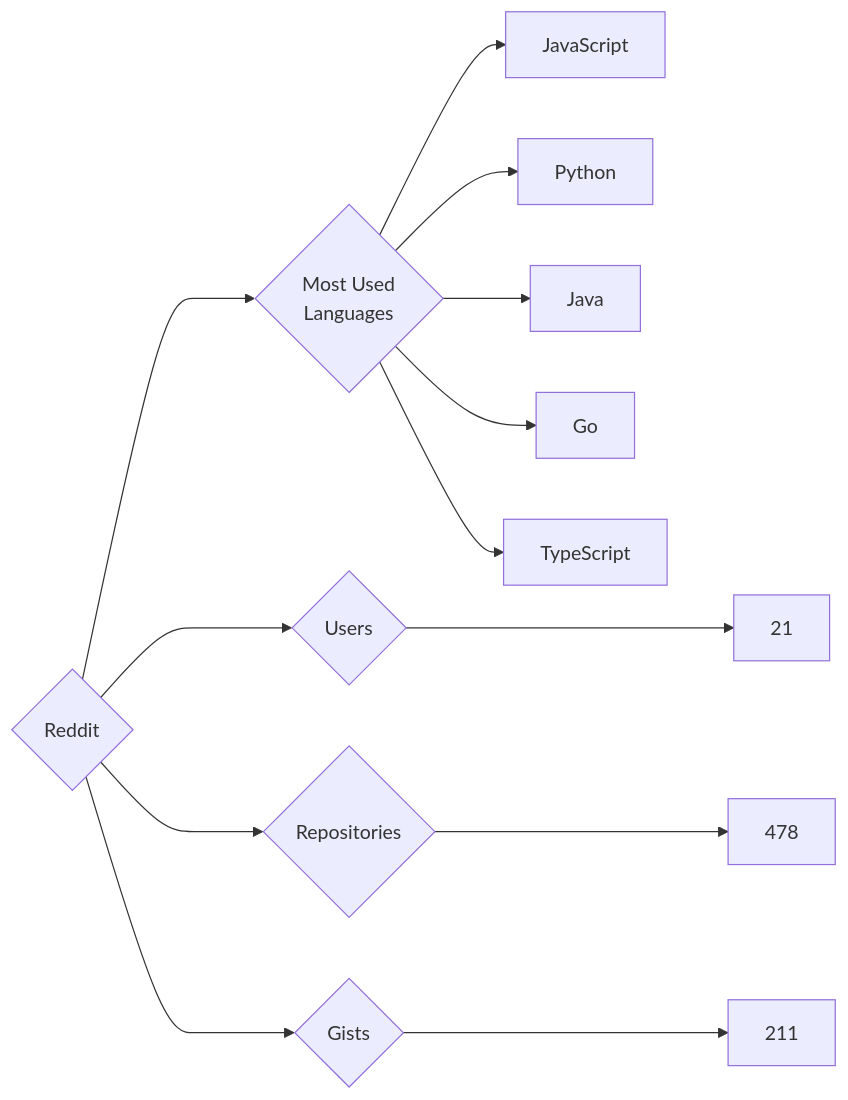
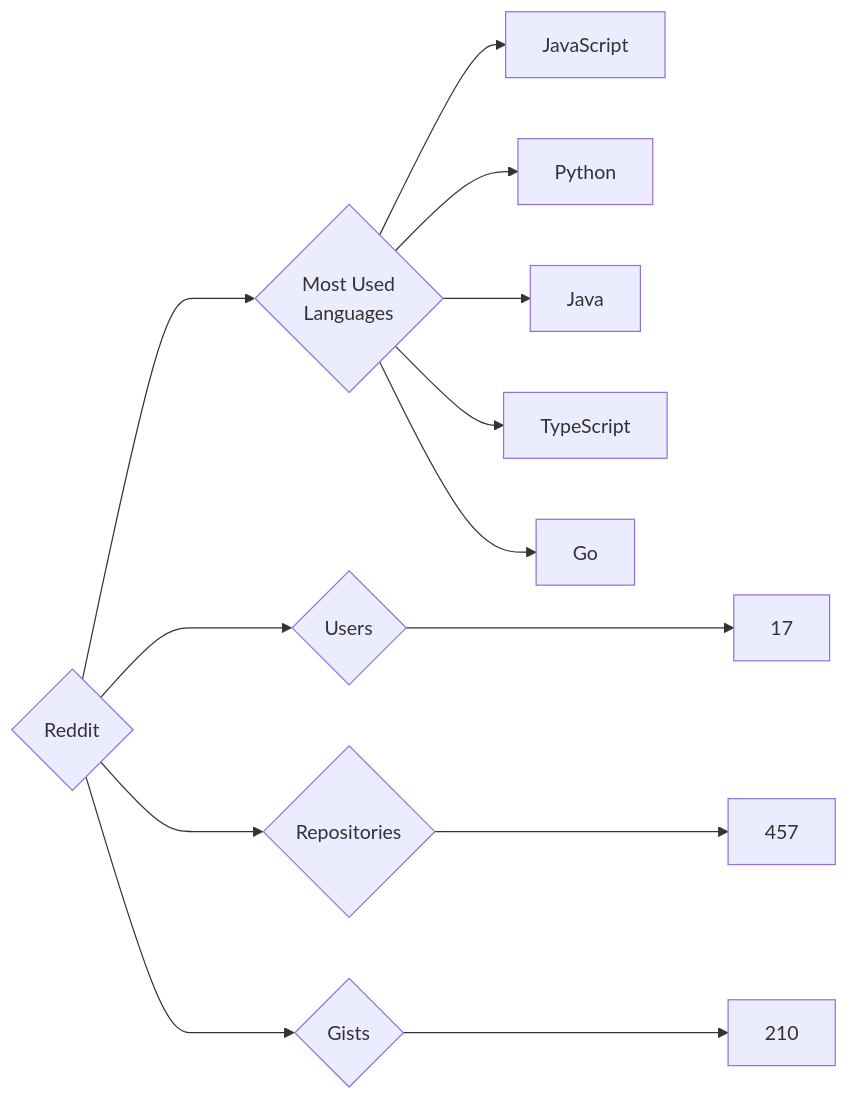
The diagram in targets/Reddit/README.md (trickest/insiders), drawn with Mermaid before and after one commit. The commit also changed 912 other files, not shown here.

````diff
--- a/targets/Reddit/README.md
+++ b/targets/Reddit/README.md
@@ -3,13 +3,13 @@
 ```mermaid
 graph LR
 COMPANY_NAME{Reddit}
-COMPANY_NAME ---> U{Users} ---> UN[21]
-COMPANY_NAME ---> R{Repositories} ---> RN[478]
-COMPANY_NAME ---> G{Gists} ---> GN[211]
+COMPANY_NAME ---> U{Users} ---> UN[17]
+COMPANY_NAME ---> R{Repositories} ---> RN[457]
+COMPANY_NAME ---> G{Gists} ---> GN[210]
 COMPANY_NAME ---> ML{Most Used<br>Languages}
 ML --> JavaScript[JavaScript]
 ML --> Python[Python]
 ML --> Java[Java]
+ML --> TypeScript[TypeScript]
 ML --> Go[Go]
-ML --> TypeScript[TypeScript]
 ```
````
